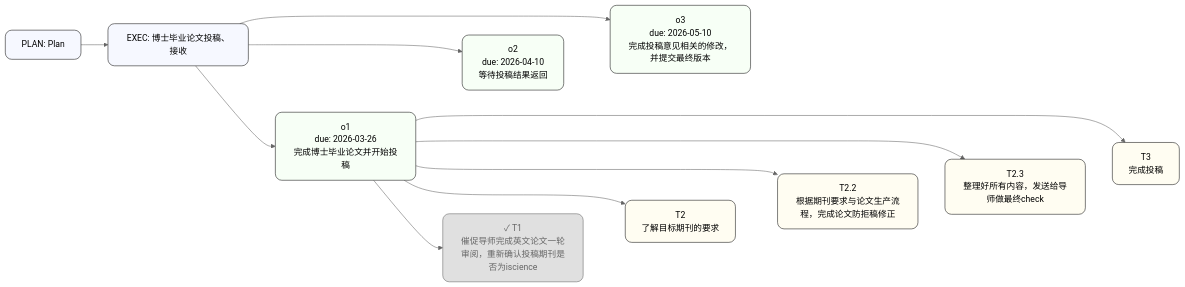
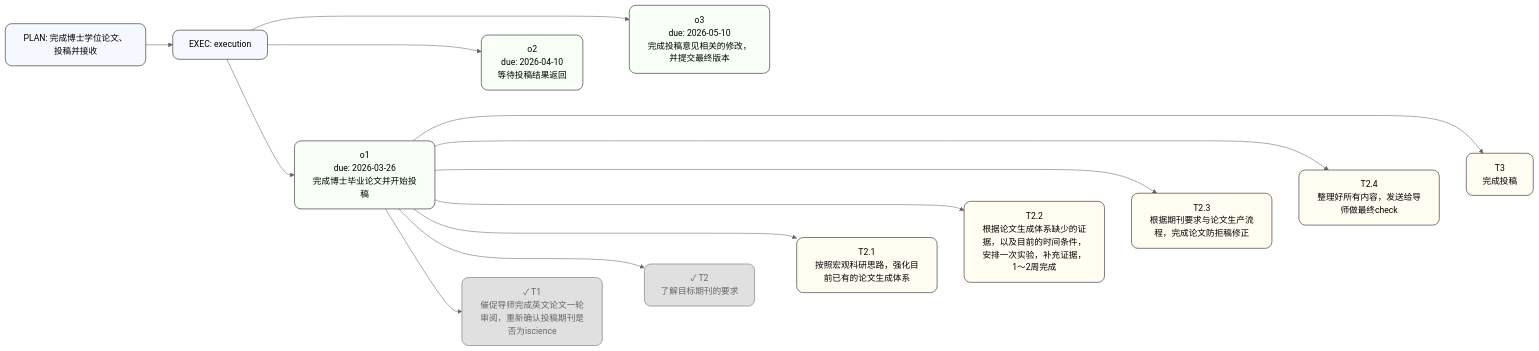
One commit to gbm19950414-ux/Hypothesis-driven-Task-Management-System changed the diagram in outputs/plan_学位证书_graph.mmd. Above: the diagram before and after it, drawn with Mermaid (neutral theme). The commit also changed 42 other files, not shown here.

```diff
--- a/outputs/plan_学位证书_graph.mmd
+++ b/outputs/plan_学位证书_graph.mmd
@@ -1,32 +1,38 @@
 flowchart LR
 classDef card fill:#ffffff,stroke:#111,stroke-width:1px,rx:10,ry:10;
 classDef plan fill:#f6f8ff,stroke:#111,stroke-width:1px,rx:12,ry:12;
 classDef obj fill:#f7fff6,stroke:#111,stroke-width:1px,rx:12,ry:12;
 classDef hyp fill:#fff6fb,stroke:#111,stroke-width:1px,rx:12,ry:12;
 classDef task fill:#fffdf2,stroke:#111,stroke-width:1px,rx:12,ry:12;
 classDef done fill:#e0e0e0,stroke:#666,stroke-width:1px,color:#666,rx:12,ry:12;
-PLAN["PLAN: Plan"]:::plan
-EP["EXEC: 博士毕业论文投稿、接收"]:::plan
+PLAN["PLAN: 完成博士学位论文、投稿并接收"]:::plan
+EP["EXEC: execution"]:::plan
 PLAN --> EP
 OBJ_o1["o1<br/>due: 2026-03-26<br/>完成博士毕业论文并开始投稿"]:::obj
 EP --> OBJ_o1
 OBJ_o2["o2<br/>due: 2026-04-10<br/>等待投稿结果返回"]:::obj
 EP --> OBJ_o2
 OBJ_o3["o3<br/>due: 2026-05-10<br/>完成投稿意见相关的修改，并提交最终版本"]:::obj
 EP --> OBJ_o3
 OBJ_o1 ~~~ OBJ_o2
 OBJ_o2 ~~~ OBJ_o3
 TASK_T1["✓ T1<br/>催促导师完成英文论文一轮审阅，重新确认投稿期刊是否为iscience"]:::done
 OBJ_o1 --> TASK_T1
-TASK_T2["T2<br/>了解目标期刊的要求"]:::task
+TASK_T2["✓ T2<br/>了解目标期刊的要求"]:::done
 OBJ_o1 --> TASK_T2
-TASK_T2.2["T2.2<br/>根据期刊要求与论文生产流程，完成论文防拒稿修正"]:::task
+TASK_T2.1["T2.1<br/>按照宏观科研思路，强化目前已有的论文生成体系"]:::task
+OBJ_o1 --> TASK_T2.1
+TASK_T2.2["T2.2<br/>根据论文生成体系缺少的证据，以及目前的时间条件，安排一次实验，补充证据，1～2周完成"]:::task
 OBJ_o1 --> TASK_T2.2
-TASK_T2.3["T2.3<br/>整理好所有内容，发送给导师做最终check"]:::task
+TASK_T2.3["T2.3<br/>根据期刊要求与论文生产流程，完成论文防拒稿修正"]:::task
 OBJ_o1 --> TASK_T2.3
+TASK_T2.4["T2.4<br/>整理好所有内容，发送给导师做最终check"]:::task
+OBJ_o1 --> TASK_T2.4
 TASK_T3["T3<br/>完成投稿"]:::task
 OBJ_o1 --> TASK_T3
 TASK_T1 ~~~ TASK_T2
-TASK_T2 ~~~ TASK_T2.2
+TASK_T2 ~~~ TASK_T2.1
+TASK_T2.1 ~~~ TASK_T2.2
 TASK_T2.2 ~~~ TASK_T2.3
-TASK_T2.3 ~~~ TASK_T3
+TASK_T2.3 ~~~ TASK_T2.4
+TASK_T2.4 ~~~ TASK_T3
```
